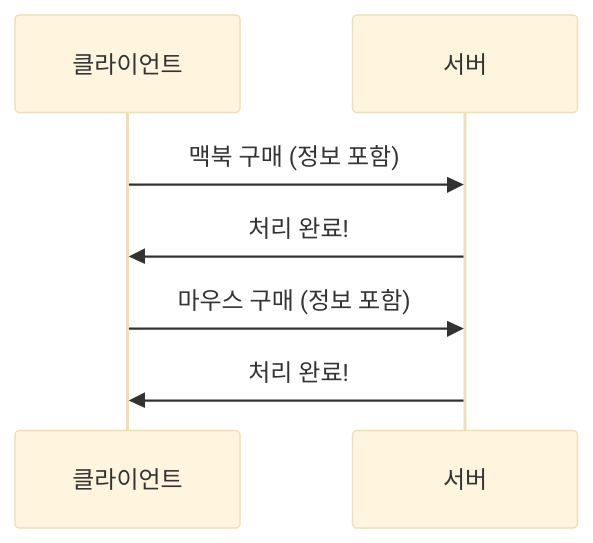
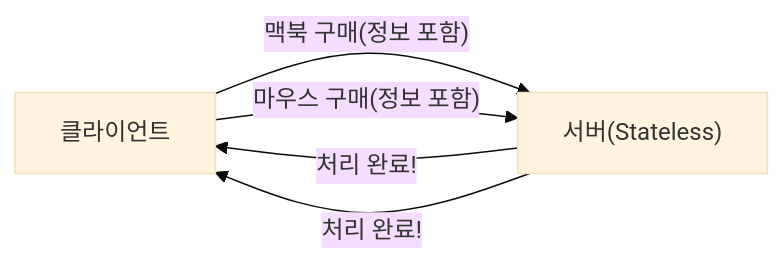
Before and after one commit to yjkim2015/yjkim2015.github.io: the third of 5 diagrams in _posts/http/2021-01-05-http-2.md, drawn with Mermaid (base theme). The commit also changed other lines of this file and 50 other files, not shown here.

First line of the commit message:
stateDiagram 11개 graph LR 변환 + 테이블 빈 셀 17개 수정

````diff
--- a/_posts/http/2021-01-05-http-2.md
+++ b/_posts/http/2021-01-05-http-2.md
@@ -110,9 +106,7 @@
 ```mermaid
-sequenceDiagram
-    participant C as 클라이언트
-    participant S as 서버
-    C->>S: 맥북 구매 (정보 포함)
-    S->>C: 처리 완료!
-    C->>S: 마우스 구매 (정보 포함)
-    S->>C: 처리 완료!
+graph LR
+    C["클라이언트"] -->|"맥북 구매(정보 포함)"| S["서버(Stateless)"]
+    S -->|"처리 완료!"| C
+    C -->|"마우스 구매(정보 포함)"| S
+    S -->|"처리 완료!"| C
 ```
````
